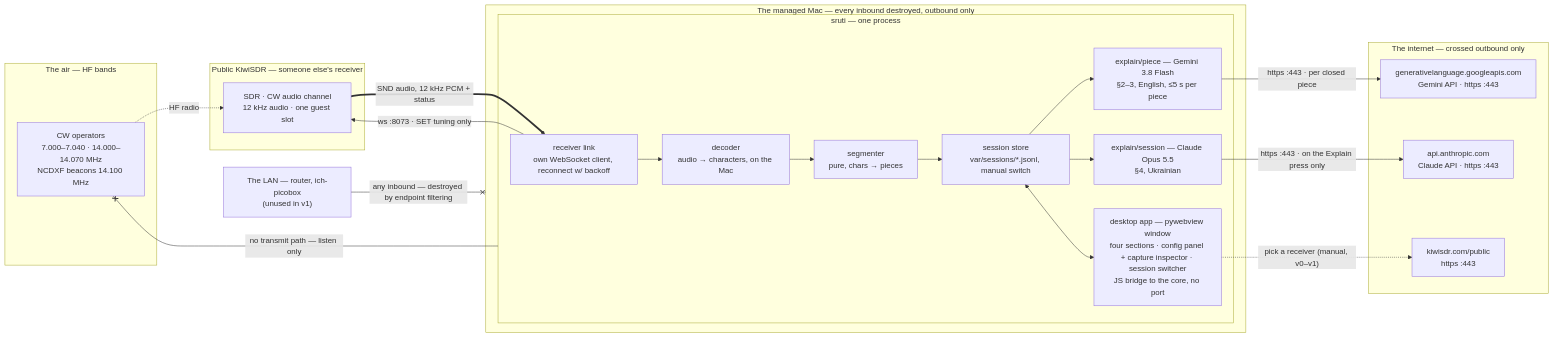
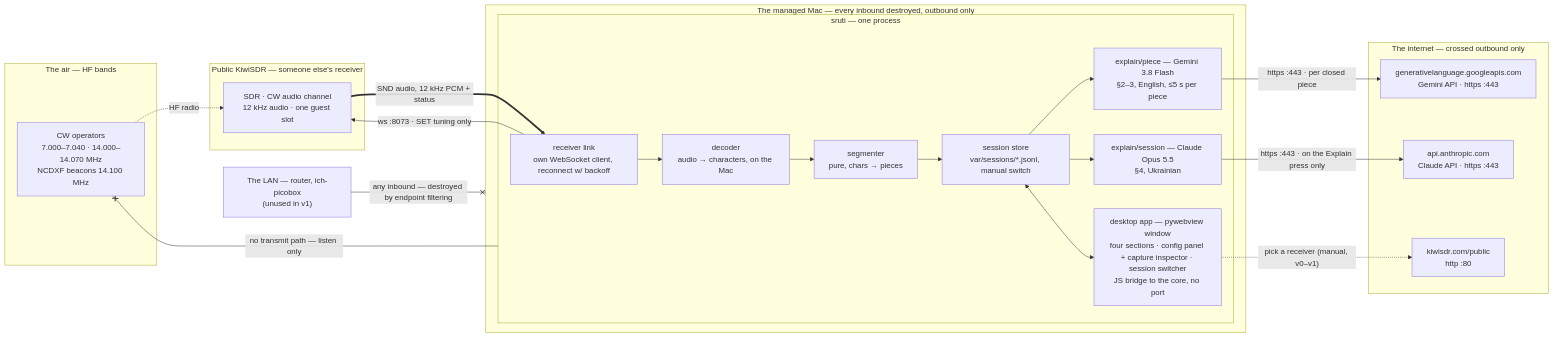
Before and after one commit to ichMaster/sruti: the diagram in specification/ARCHITECTURE.md, drawn with Mermaid. The commit also changed other lines of this file and 5 other files, not shown here.

````diff
--- a/specification/ARCHITECTURE.md
+++ b/specification/ARCHITECTURE.md
@@ -5,38 +5,38 @@
 ```mermaid
 flowchart LR
   subgraph AIR["The air — HF bands"]
     OPS["CW operators<br/>7.000–7.040 · 14.000–14.070 MHz<br/>NCDXF beacons 14.100 MHz"]
   end
 
   subgraph RXS["Public KiwiSDR — someone else's receiver"]
     DEC["SDR · CW audio channel<br/>12 kHz audio · one guest slot"]
   end
 
   subgraph NET["The internet — crossed outbound only"]
     GEM["generativelanguage.googleapis.com<br/>Gemini API · https :443"]
     API["api.anthropic.com<br/>Claude API · https :443"]
-    DIR["kiwisdr.com/public<br/>https :443"]
+    DIR["kiwisdr.com/public<br/>http :80"]
   end
 
   subgraph MAC["The managed Mac — every inbound destroyed, outbound only"]
     subgraph CORE["sruti — one process"]
       LINK["receiver link<br/>own WebSocket client, reconnect w/ backoff"] --> CWD["decoder<br/>audio → characters, on the Mac"]
       CWD --> SEG["segmenter<br/>pure, chars → pieces"]
       SEG --> STORE["session store<br/>var/sessions/*.jsonl, manual switch"]
       STORE --> PIECE["explain/piece — Gemini 3.8 Flash<br/>§2–3, English, ≤5 s per piece"]
       STORE --> SESS["explain/session — Claude Opus 5.5<br/>§4, Ukrainian"]
       STORE <--> APP["desktop app — pywebview window<br/>four sections · config panel + capture inspector · session switcher<br/>JS bridge to the core, no port"]
     end
   end
 
   LANZ["The LAN — router, ich-picobox<br/>(unused in v1)"]
 
   OPS -. "HF radio" .-> DEC
   LINK -- "ws :8073 · SET tuning only" --> DEC
   DEC == "SND audio, 12 kHz PCM + status" ==> LINK
   PIECE -- "https :443 · per closed piece" --> GEM
   SESS -- "https :443 · on the Explain press only" --> API
   APP -. "pick a receiver (manual, v0–v1)" .-> DIR
   LANZ -- "any inbound — destroyed by endpoint filtering" --x MAC
   CORE -- "no transmit path — listen only" --x OPS
 ```
````
